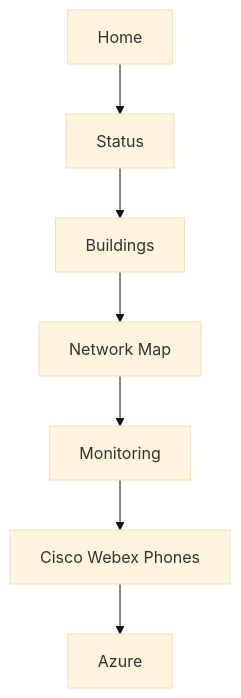
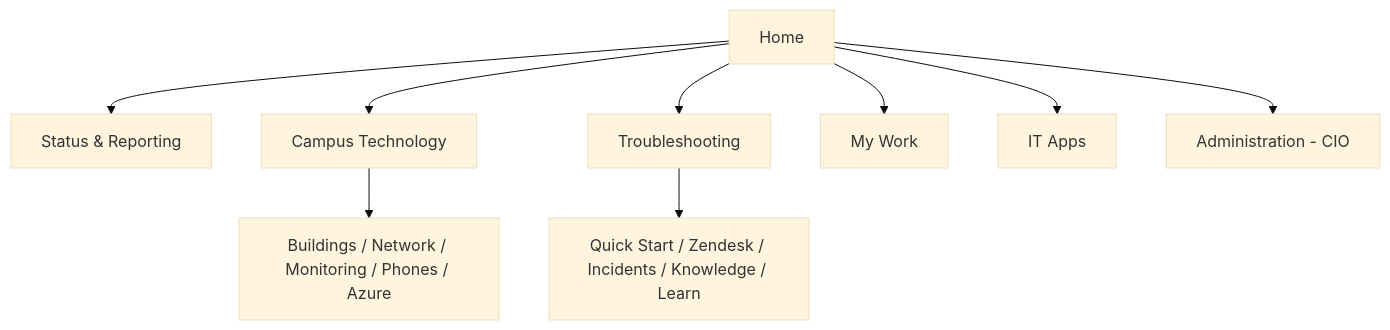
Before and after one commit to OlderschCoder/Network-Insight-Hub: the first of 2 diagrams in docs/campus-operations-navigation.md, drawn with Mermaid (base theme). The commit also changed other lines of this file and 17 other files, not shown here.

Commit message:
Add Quick Start and refresh Fred training

````diff
--- a/docs/campus-operations-navigation.md
+++ b/docs/campus-operations-navigation.md
@@ -7,9 +9,11 @@
 ```mermaid
 flowchart TD
-    H[Home] --> S[Status]
-    S --> B[Buildings]
-    B --> N[Network Map]
-    N --> M[Monitoring]
-    M --> P[Cisco Webex Phones]
-    P --> A[Azure]
+    H[Home] --> S[Status & Reporting]
+    H --> B[Campus Technology]
+    H --> T[Troubleshooting]
+    H --> W[My Work]
+    H --> I[IT Apps]
+    H --> A[Administration - CIO]
+    B --> N[Buildings / Network / Monitoring / Phones / Azure]
+    T --> Q[Quick Start / Zendesk / Incidents / Knowledge / Learn]
 ```
````
